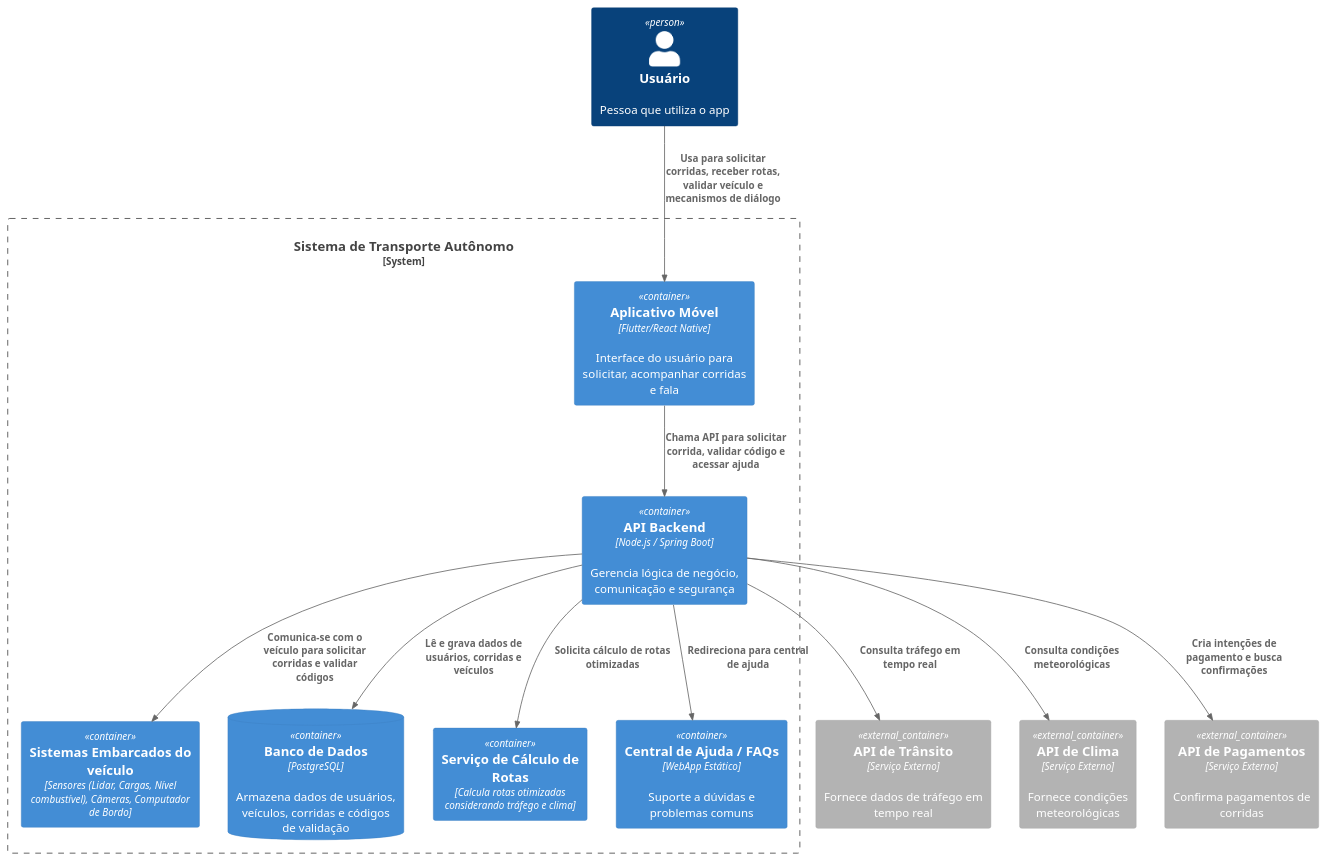
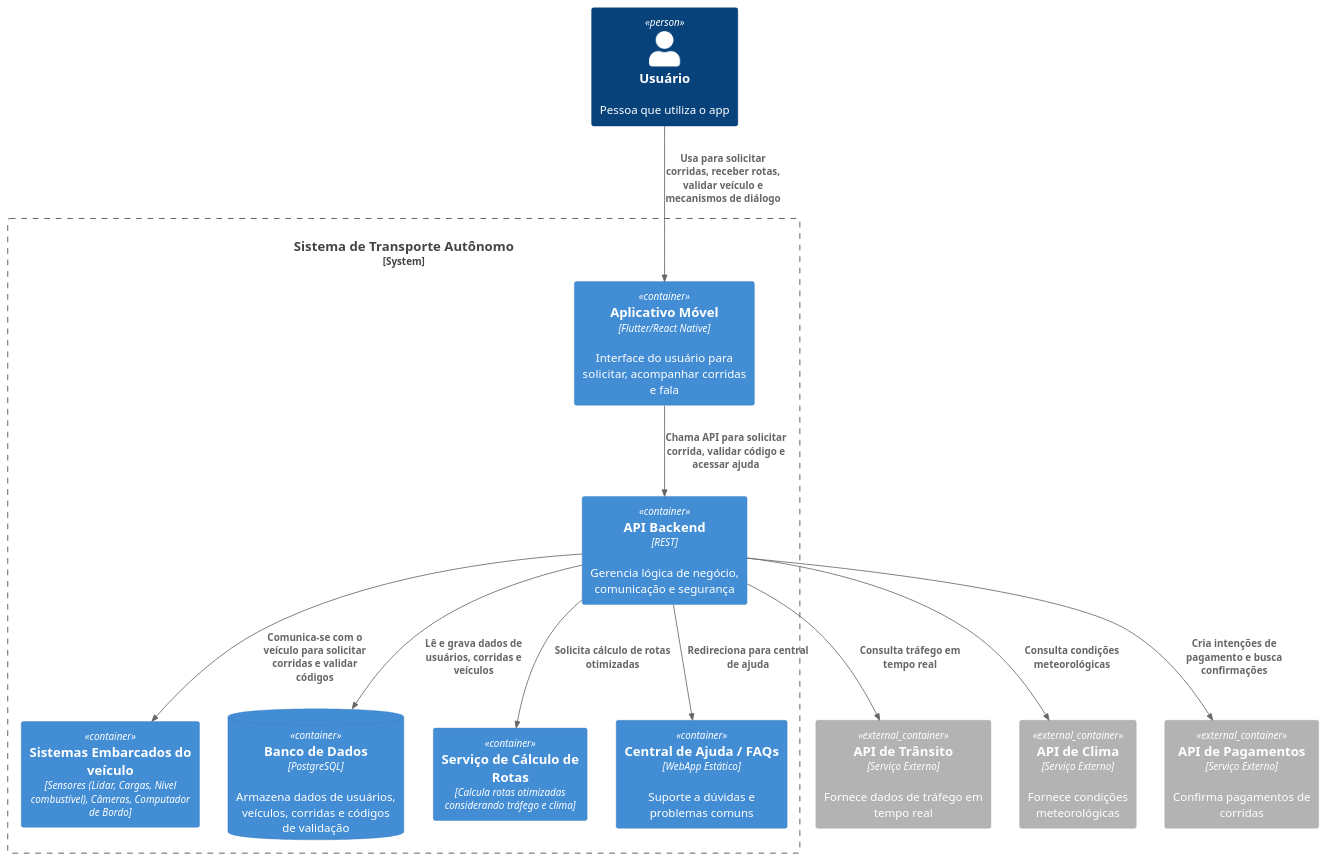
One commit to gilmarUFG/as_es_20251_g6 changed the diagram in trabalho_final/Diagramas (Iteraçao final)/container.puml. Above: the diagram before and after it, drawn with PlantUML.

Commit message:
fix: update API Backend technology description in container diagram

```diff
--- a/trabalho_final/Diagramas (Iteraçao final)/container.puml
+++ b/trabalho_final/Diagramas (Iteraçao final)/container.puml
@@ -1,29 +1,29 @@
 @startuml
 !include https://raw.githubusercontent.com/plantuml-stdlib/C4-PlantUML/master/C4_Container.puml
 
 Person(usuario, "Usuário", "Pessoa que utiliza o app")
 System_Boundary(sistema, "Sistema de Transporte Autônomo") {
   Container(appMobile, "Aplicativo Móvel", "Flutter/React Native", "Interface do usuário para solicitar, acompanhar corridas e fala ")
   Container(veiculo, "Sistemas Embarcados do veículo", "Sensores (Lidar, Cargas, Nível combustível), Câmeras, Computador de Bordo")
-  Container(apiBackend, "API Backend", "Node.js / Spring Boot", "Gerencia lógica de negócio, comunicação e segurança")
+  Container(apiBackend, "API Backend", "REST", "Gerencia lógica de negócio, comunicação e segurança")
   ContainerDb(bancoDeDados, "Banco de Dados", "PostgreSQL", "Armazena dados de usuários, veículos, corridas e códigos de validação")
   Container(servicoRotas, "Serviço de Cálculo de Rotas", "Calcula rotas otimizadas considerando tráfego e clima")
   Container(faqAjuda, "Central de Ajuda / FAQs", "WebApp Estático", "Suporte a dúvidas e problemas comuns")
 }
 
 Container_Ext(apiTrafego, "API de Trânsito", "Serviço Externo", "Fornece dados de tráfego em tempo real")
 Container_Ext(apiClima, "API de Clima", "Serviço Externo", "Fornece condições meteorológicas")
 Container_Ext(apiPagamentos, "API de Pagamentos", "Serviço Externo", "Confirma pagamentos de corridas")
 
 
 Rel(usuario, appMobile, "Usa para solicitar corridas, receber rotas, validar veículo e mecanismos de diálogo")
 Rel(apiBackend, veiculo, "Comunica-se com o veículo para solicitar corridas e validar códigos")
 Rel(appMobile, apiBackend, "Chama API para solicitar corrida, validar código e acessar ajuda")
 Rel(apiBackend, bancoDeDados, "Lê e grava dados de usuários, corridas e veículos")
 Rel(apiBackend, servicoRotas, "Solicita cálculo de rotas otimizadas")
 Rel(apiBackend, faqAjuda, "Redireciona para central de ajuda")
 Rel(apiBackend, apiTrafego, "Consulta tráfego em tempo real")
 Rel(apiBackend, apiClima, "Consulta condições meteorológicas")
 Rel(apiBackend, apiPagamentos, "Cria intenções de pagamento e busca confirmações")
 
 @enduml
```
